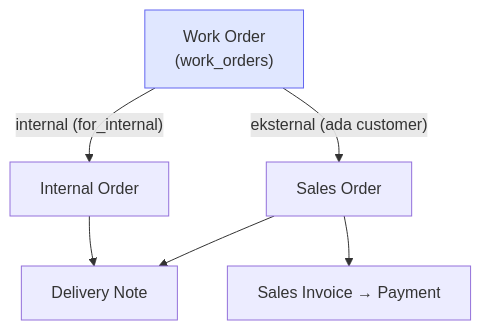
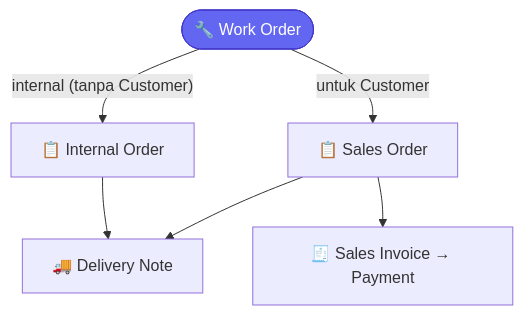
The first of 4 diagrams in docs/modules/service.md (RimbunCode/erp_pataya), drawn with Mermaid before and after one commit. The commit also changed other lines of this file and 14 other files, not shown here.

````diff
--- a/docs/modules/service.md
+++ b/docs/modules/service.md
@@ -37,17 +27,16 @@
 ```mermaid
 flowchart TD
-    WO["Work Order<br/>(work_orders)"]
-    SO["Sales Order"]
-    IO["Internal Order"]
-    DN["Delivery Note"]
-    SI["Sales Invoice → Payment"]
+    WO(["🔧 Work Order"])
+    SO["📋 Sales Order"]
+    IO["📋 Internal Order"]
+    DN["🚚 Delivery Note"]
+    SI["🧾 Sales Invoice → Payment"]
 
-    WO -->|"eksternal (ada customer)"| SO
+    WO -->|"untuk Customer"| SO
     SO --> DN
     SO --> SI
-    WO -->|"internal (for_internal)"| IO
+    WO -->|"internal (tanpa Customer)"| IO
     IO --> DN
 
-    classDef src fill:#e0e7ff,stroke:#6366f1;
-    class WO src;
+    style WO fill:#6366f1,stroke:#4338ca,color:#fff
 ```
````
